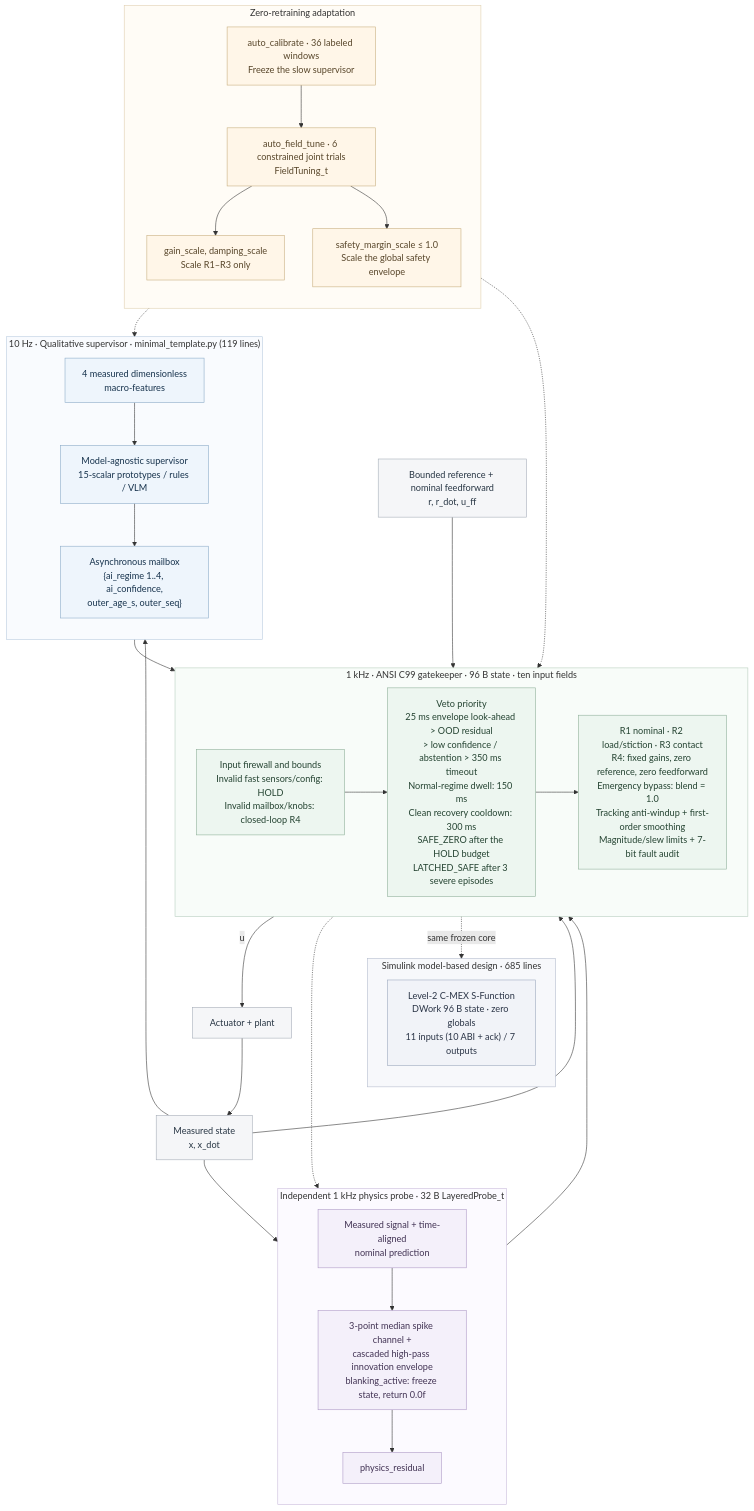
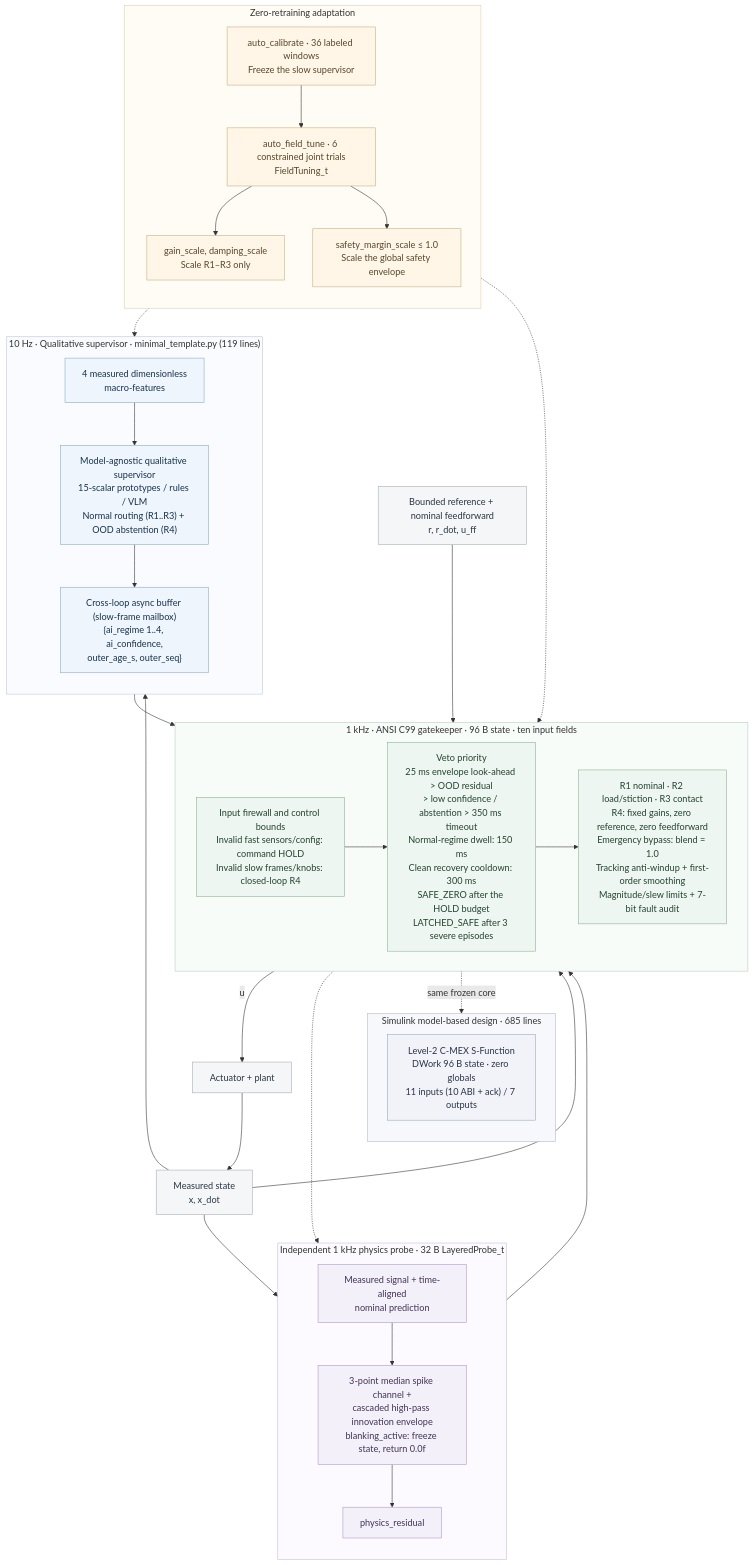
One commit to lijiawei255/ai-layered-control changed the diagram in README.md. Above: the diagram before and after it, drawn with Mermaid. The commit also changed other lines of this file and 6 other files, not shown here.

````diff
--- a/README.md
+++ b/README.md
@@ -82,70 +84,70 @@
 ```mermaid
 flowchart TB
     subgraph slow["10 Hz · Qualitative supervisor · minimal_template.py (119 lines)"]
         direction TB
         features["4 measured dimensionless<br/>macro-features"]
-        supervisor["Model-agnostic supervisor<br/>15-scalar prototypes / rules / VLM"]
-        mailbox["Asynchronous mailbox<br/>{ai_regime 1..4, ai_confidence,<br/>outer_age_s, outer_seq}"]
+        supervisor["Model-agnostic qualitative supervisor<br/>15-scalar prototypes / rules / VLM<br/>Normal routing (R1..R3) + OOD abstention (R4)"]
+        mailbox["Cross-loop async buffer (slow-frame mailbox)<br/>{ai_regime 1..4, ai_confidence,<br/>outer_age_s, outer_seq}"]
         features --> supervisor --> mailbox
     end
     subgraph probe["Independent 1 kHz physics probe · 32 B LayeredProbe_t"]
         direction TB
         innovation["Measured signal + time-aligned<br/>nominal prediction"]
         channels["3-point median spike channel +<br/>cascaded high-pass innovation envelope<br/>blanking_active: freeze state, return 0.0f"]
         residual["physics_residual"]
         innovation --> channels --> residual
     end
     subgraph fast["1 kHz · ANSI C99 gatekeeper · 96 B state · ten input fields"]
         direction LR
-        firewall["Input firewall and bounds<br/>Invalid fast sensors/config: HOLD<br/>Invalid mailbox/knobs: closed-loop R4"]
+        firewall["Input firewall and control bounds<br/>Invalid fast sensors/config: command HOLD<br/>Invalid slow frames/knobs: closed-loop R4"]
         gates["Veto priority<br/>25 ms envelope look-ahead > OOD residual<br/>> low confidence / abstention > 350 ms timeout<br/>Normal-regime dwell: 150 ms<br/>Clean recovery cooldown: 300 ms<br/>SAFE_ZERO after the HOLD budget<br/>LATCHED_SAFE after 3 severe episodes"]
         bank["R1 nominal · R2 load/stiction · R3 contact<br/>R4: fixed gains, zero reference, zero feedforward<br/>Emergency bypass: blend = 1.0<br/>Tracking anti-windup + first-order smoothing<br/>Magnitude/slew limits + 7-bit fault audit"]
         firewall --> gates --> bank
     end
     subgraph mbd["Simulink model-based design · 685 lines"]
         direction TB
         sfun["Level-2 C-MEX S-Function<br/>DWork 96 B state · zero globals<br/>11 inputs (10 ABI + ack) / 7 outputs"]
     end
     subgraph adapt["Zero-retraining adaptation"]
         direction TB
         calibrate["auto_calibrate · 36 labeled windows<br/>Freeze the slow supervisor"]
         tune["auto_field_tune · 6 constrained joint trials<br/>FieldTuning_t"]
         gains["gain_scale, damping_scale<br/>Scale R1–R3 only"]
         margin["safety_margin_scale ≤ 1.0<br/>Scale the global safety envelope"]
         calibrate --> tune
         tune --> gains
         tune --> margin
     end
     reference["Bounded reference + nominal feedforward<br/>r, r_dot, u_ff"]
     plant["Actuator + plant"]
     sensor["Measured state<br/>x, x_dot"]
     reference --> fast
     slow --> fast
     probe --> fast
     fast -->|"u"| plant
     plant --> sensor
     sensor --> fast
     sensor --> slow
     sensor --> probe
     fast -.-> probe
     fast -.->|"same frozen core"| sfun
     adapt -.-> slow
     adapt -.-> fast
     classDef slowNode fill:#eef5fc,stroke:#8baac7,color:#17334d;
     classDef probeNode fill:#f4f0fa,stroke:#ad98c5,color:#423354;
     classDef coreNode fill:#edf6f0,stroke:#8eaf99,color:#244331;
     classDef adaptNode fill:#fff6e8,stroke:#c7ad7d,color:#58462a;
     classDef ioNode fill:#f5f6f8,stroke:#a4acb7,color:#283644;
     classDef mbdNode fill:#f1f3f8,stroke:#9aa7bd,color:#2a3446;
     class features,supervisor,mailbox slowNode;
     class innovation,channels,residual probeNode;
     class firewall,gates,bank coreNode;
     class calibrate,tune,gains,margin adaptNode;
     class reference,plant,sensor ioNode;
     class sfun mbdNode;
     style slow fill:#f9fbfe,stroke:#b8cbde
     style probe fill:#fcfaff,stroke:#c9bbda
     style fast fill:#f8fcf9,stroke:#b6cdbd
     style mbd fill:#f7f8fb,stroke:#b3bccd
     style adapt fill:#fffcf6,stroke:#dfcfaf
 ```
````
